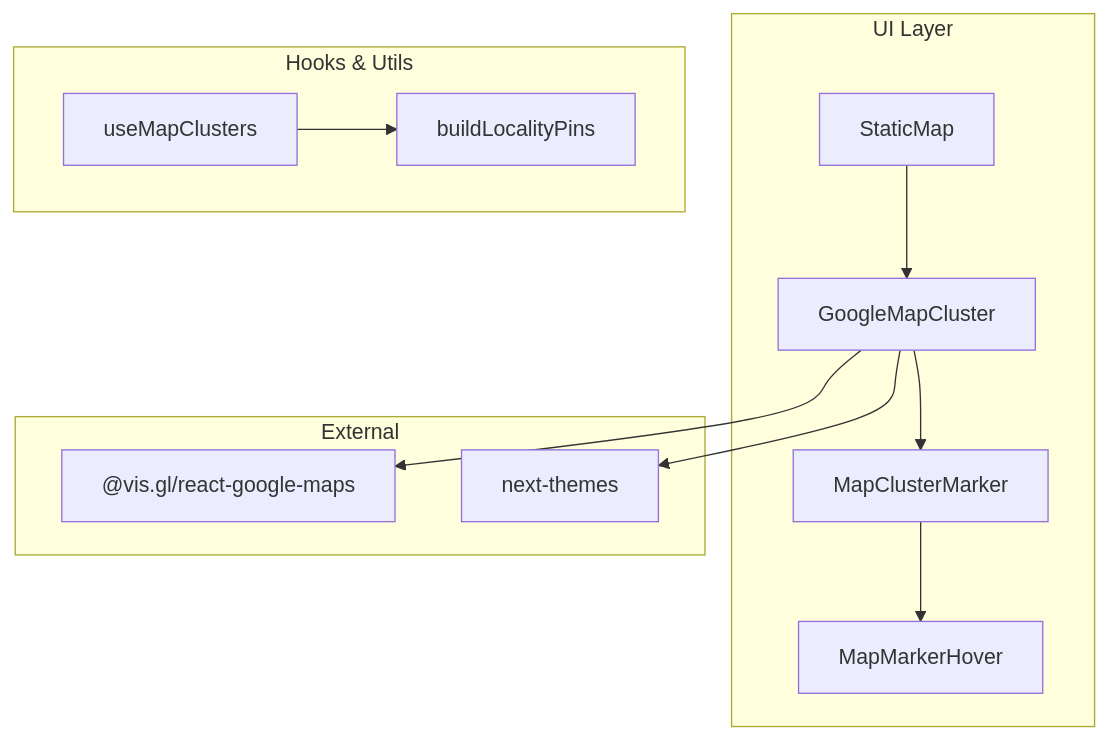
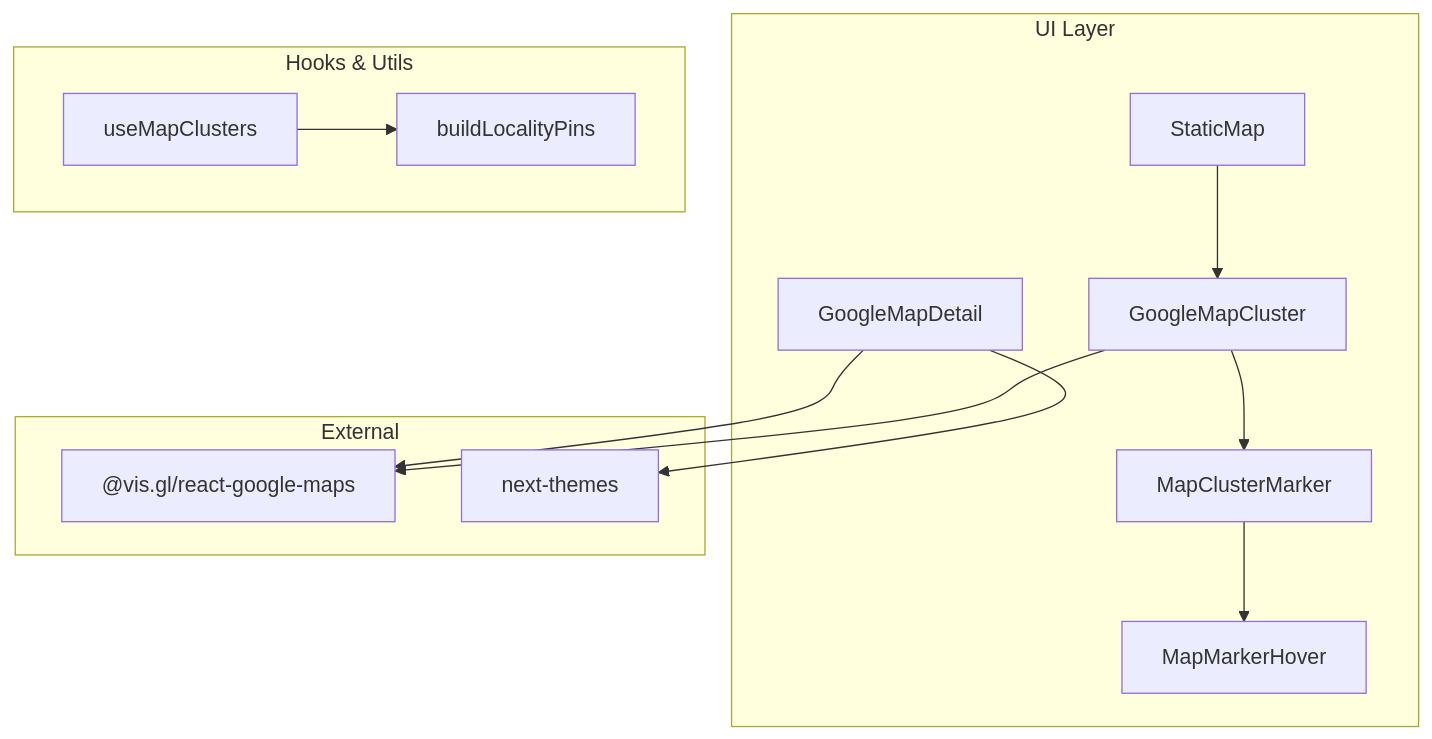
The first of 4 diagrams in .qoder/repowiki/en/content/Map Integration/Location Clustering System/Google Maps Integration.md (Meaetin/alibaba-hackathon), drawn with Mermaid before and after one commit. The commit also changed other lines of this file and 211 other files, not shown here.

````diff
--- a/.qoder/repowiki/en/content/Map Integration/Location Clustering System/Google Maps Integration.md
+++ b/.qoder/repowiki/en/content/Map Integration/Location Clustering System/Google Maps Integration.md
@@ -40,23 +49,25 @@
 ```mermaid
 graph TB
 subgraph "UI Layer"
 SM["StaticMap"]
 GMC["GoogleMapCluster"]
+GMD["GoogleMapDetail"]
 MCM["MapClusterMarker"]
 MMH["MapMarkerHover"]
 end
 subgraph "Hooks & Utils"
 UMC["useMapClusters"]
 LP["buildLocalityPins"]
 end
 subgraph "External"
 GM["@vis.gl/react-google-maps"]
 THEME["next-themes"]
 end
 SM --> GMC
 GMC --> MCM
 MCM --> MMH
+GMD --> THEME
 UMC --> LP
 GMC --> GM
-GMC --> THEME
+GMD --> GM
 ```
````
